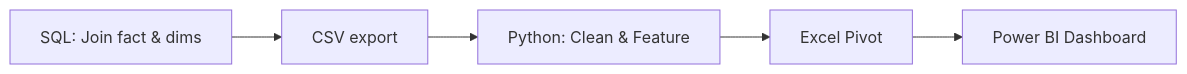
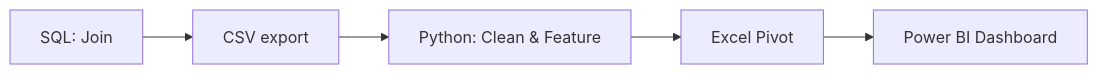
Before and after one commit to new-nithi/ecomerce-analytics: the diagram in README.md, drawn with Mermaid.

````diff
--- a/README.md
+++ b/README.md
@@ -21,7 +21,7 @@
 ```mermaid
 flowchart LR
-  A[SQL: Join fact & dims] --> B[CSV export]
+  A[SQL: Join ] --> B[CSV export]
   B --> C[Python: Clean & Feature]
   C --> D[Excel Pivot]
   D --> E[Power BI Dashboard]
 ```
````
